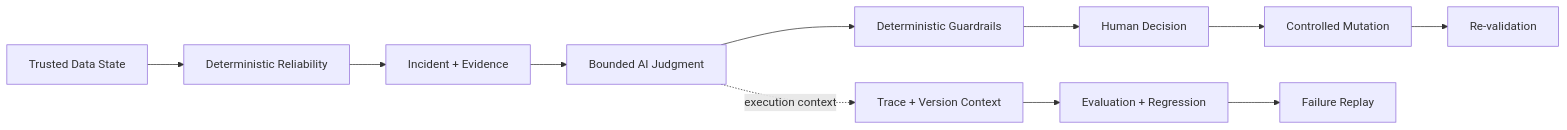
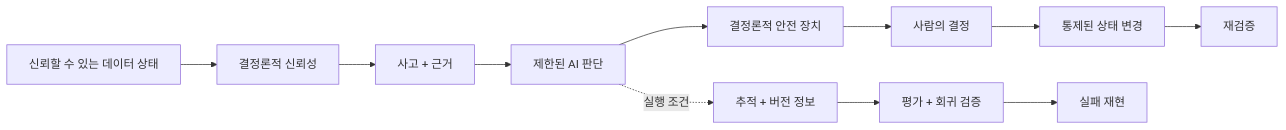
Before and after one commit to mols3131d/hmda-data-reliability: the diagram in docs/VISION.md, drawn with Mermaid. The commit also changed other lines of this file, not shown here.

````diff
--- a/docs/VISION.md
+++ b/docs/VISION.md
@@ -35,14 +35,14 @@
 ```mermaid
 flowchart LR
-    state["Trusted Data State"] --> reliability["Deterministic Reliability"]
-    reliability --> evidence["Incident + Evidence"]
-    evidence --> ai["Bounded AI Judgment"]
-    ai --> guard["Deterministic Guardrails"]
-    guard --> human["Human Decision"]
-    human --> mutation["Controlled Mutation"]
-    mutation --> verify["Re-validation"]
+    state["신뢰할 수 있는 데이터 상태"] --> reliability["결정론적 신뢰성"]
+    reliability --> evidence["사고 + 근거"]
+    evidence --> ai["제한된 AI 판단"]
+    ai --> guard["결정론적 안전 장치"]
+    guard --> human["사람의 결정"]
+    human --> mutation["통제된 상태 변경"]
+    mutation --> verify["재검증"]
 
-    ai -. execution context .-> trace["Trace + Version Context"]
-    trace --> eval["Evaluation + Regression"]
-    eval --> replay["Failure Replay"]
+    ai -. 실행 조건 .-> trace["추적 + 버전 정보"]
+    trace --> eval["평가 + 회귀 검증"]
+    eval --> replay["실패 재현"]
 ```
````
